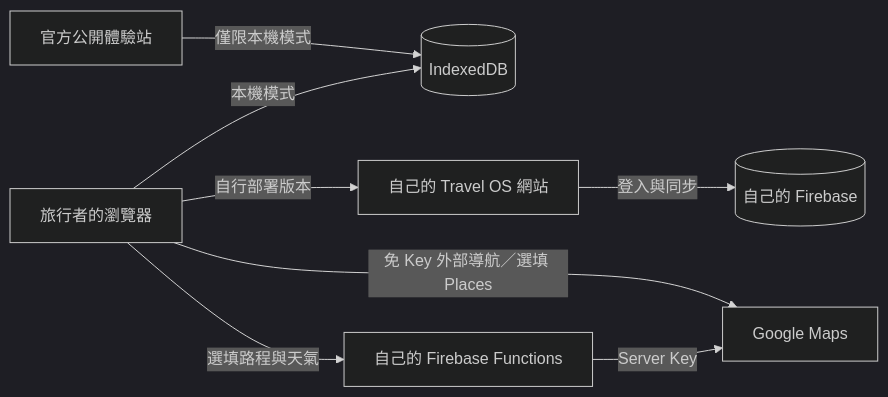
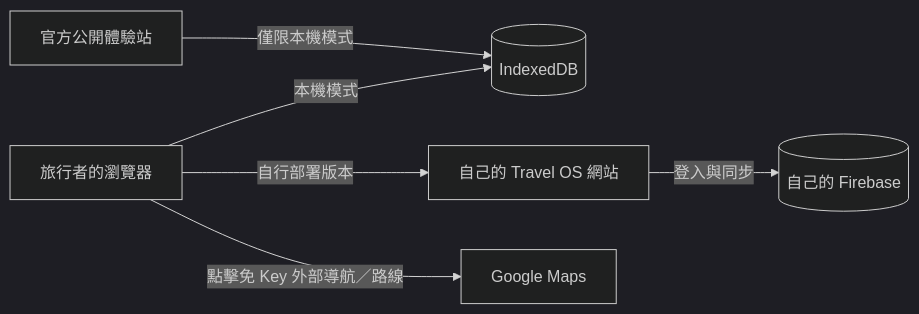
The diagram in README.md (chenzhu254/Travel-OS-first-run), drawn with Mermaid (dark theme) before and after one commit. The commit also changed other lines of this file and 29 other files, not shown here.

````diff
--- a/README.md
+++ b/README.md
@@ -72,10 +72,8 @@
 ```mermaid
 flowchart LR
     A[旅行者的瀏覽器] -->|本機模式| B[(IndexedDB)]
     A -->|自行部署版本| C[自己的 Travel OS 網站]
     C -->|登入與同步| D[(自己的 Firebase)]
-    A -->|免 Key 外部導航／選填 Places| E[Google Maps]
-    A -->|選填路程與天氣| G[自己的 Firebase Functions]
-    G -->|Server Key| E
+    A -->|點擊免 Key 外部導航／路線| E[Google Maps]
     F[官方公開體驗站] -->|僅限本機模式| B
 ```
````
